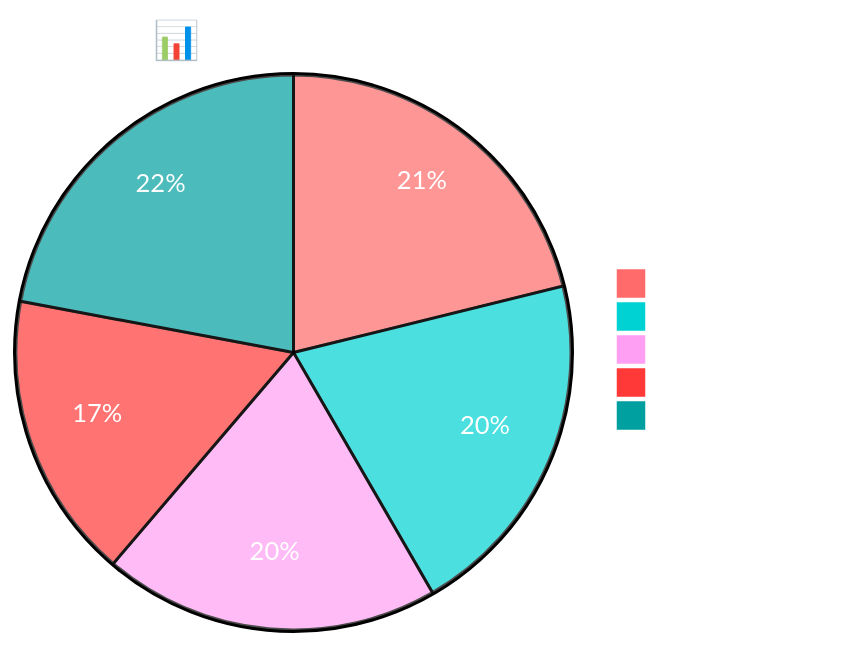
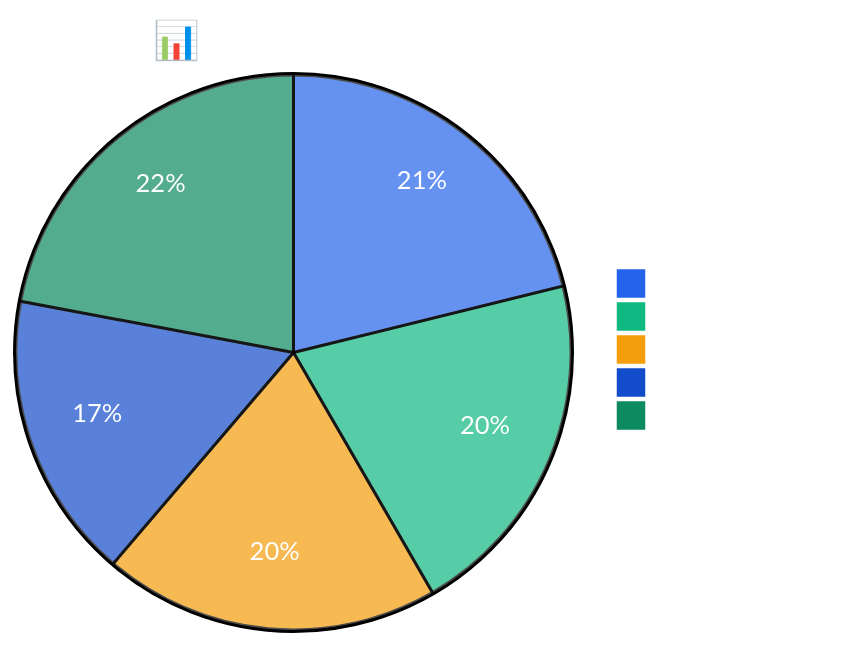
The third of 3 diagrams in README.md (THU-YiZhang/CAL_KG_System), drawn with Mermaid before and after one commit. The commit also changed other lines of this file, not shown here.

````diff
--- a/README.md
+++ b/README.md
@@ -496,20 +518,21 @@
 ```mermaid
 %%{init: {
   'theme': 'base',
   'themeVariables': {
-    'primaryColor': '#ff6b6b',
-    'primaryTextColor': '#fff',
-    'primaryBorderColor': '#ff4757',
-    'lineColor': '#5f27cd',
-    'secondaryColor': '#00d2d3',
-    'tertiaryColor': '#ff9ff3'
+    'primaryColor': '#2563eb',
+    'primaryTextColor': '#ffffff',
+    'primaryBorderColor': '#1d4ed8',
+    'lineColor': '#6b7280',
+    'secondaryColor': '#10b981',
+    'tertiaryColor': '#f59e0b',
+    'background': '#f8fafc'
   }
 }}%%
 
 pie title 📊 系统性能分布
     "文档分割准确率" : 95
     "节点分类准确率" : 92
     "连接发现准确率" : 88
     "CoT质量评分" : 75
     "系统可靠性" : 99
 ```
````
